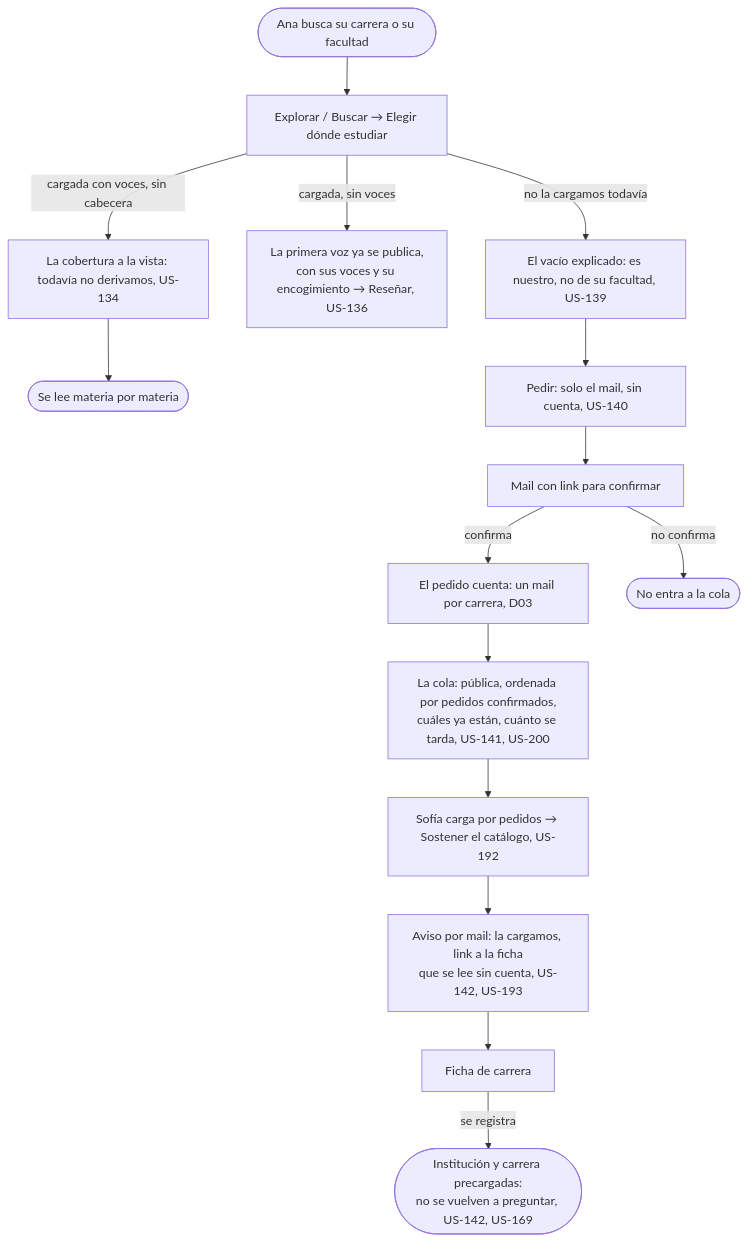
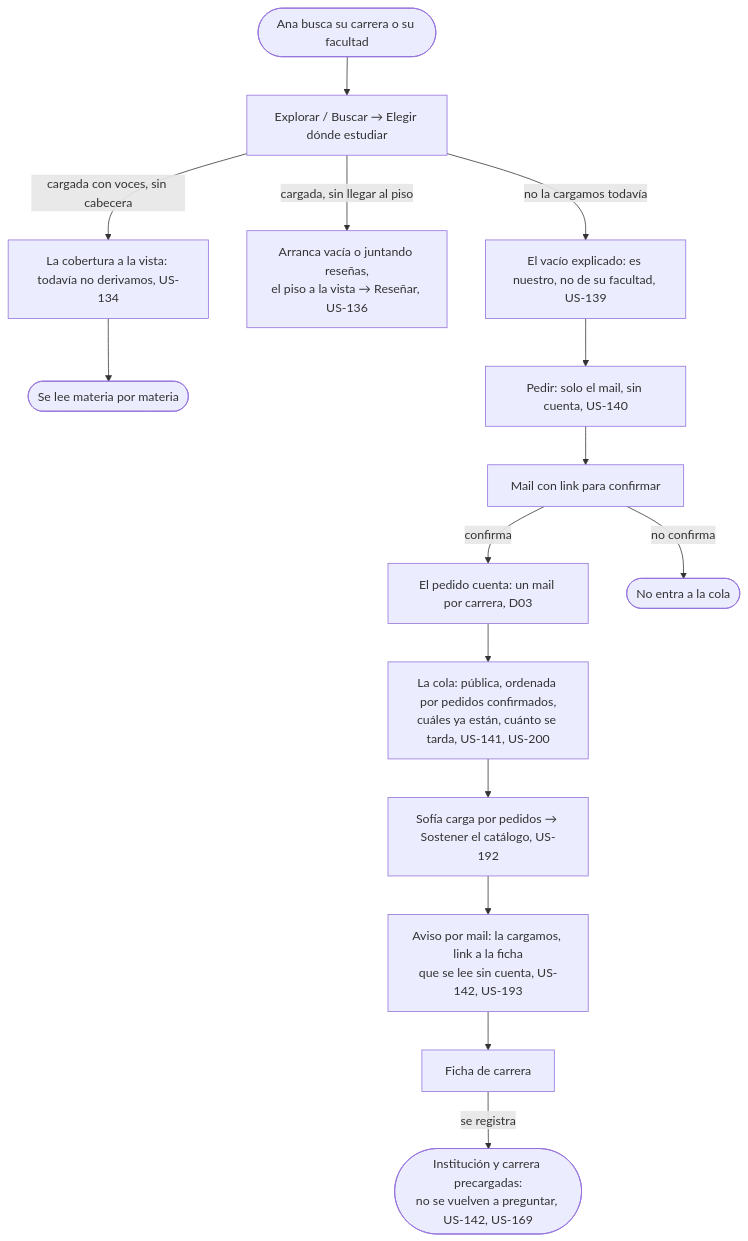
Before and after one commit to lucasidev/plan-b: the diagram in docs/product/student/request-a-career/flow.md, drawn with Mermaid. The commit also changed 243 other files, not shown here.

````diff
--- a/docs/product/student/request-a-career/flow.md
+++ b/docs/product/student/request-a-career/flow.md
@@ -5,17 +5,17 @@
 ```mermaid
 flowchart TD
   A([Ana busca su carrera o su facultad]) --> B[Explorar / Buscar → Elegir dónde estudiar]
   B -->|no la cargamos todavía| C1[El vacío explicado: es nuestro, no de su facultad, US-139]
-  B -->|cargada, sin voces| C2[La primera voz ya se publica,<br/>con sus voces y su encogimiento → Reseñar, US-136]
+  B -->|cargada, sin llegar al piso| C2[Arranca vacía o juntando reseñas,<br/>el piso a la vista → Reseñar, US-136]
   B -->|cargada con voces, sin cabecera| C3[La cobertura a la vista: todavía no derivamos, US-134]
   C3 --> C3a([Se lee materia por materia])
   C1 --> D[Pedir: solo el mail, sin cuenta, US-140]
   D --> E[Mail con link para confirmar]
   E -->|confirma| F[El pedido cuenta: un mail por carrera, D03]
   E -->|no confirma| G([No entra a la cola])
   F --> H[La cola: pública, ordenada por pedidos confirmados,<br/>cuáles ya están, cuánto se tarda, US-141, US-200]
   H --> I[Sofía carga por pedidos → Sostener el catálogo, US-192]
   I --> J[Aviso por mail: la cargamos, link a la ficha<br/>que se lee sin cuenta, US-142, US-193]
   J --> K[Ficha de carrera]
   K -->|se registra| L([Institución y carrera precargadas:<br/>no se vuelven a preguntar, US-142, US-169])
 ```
````
